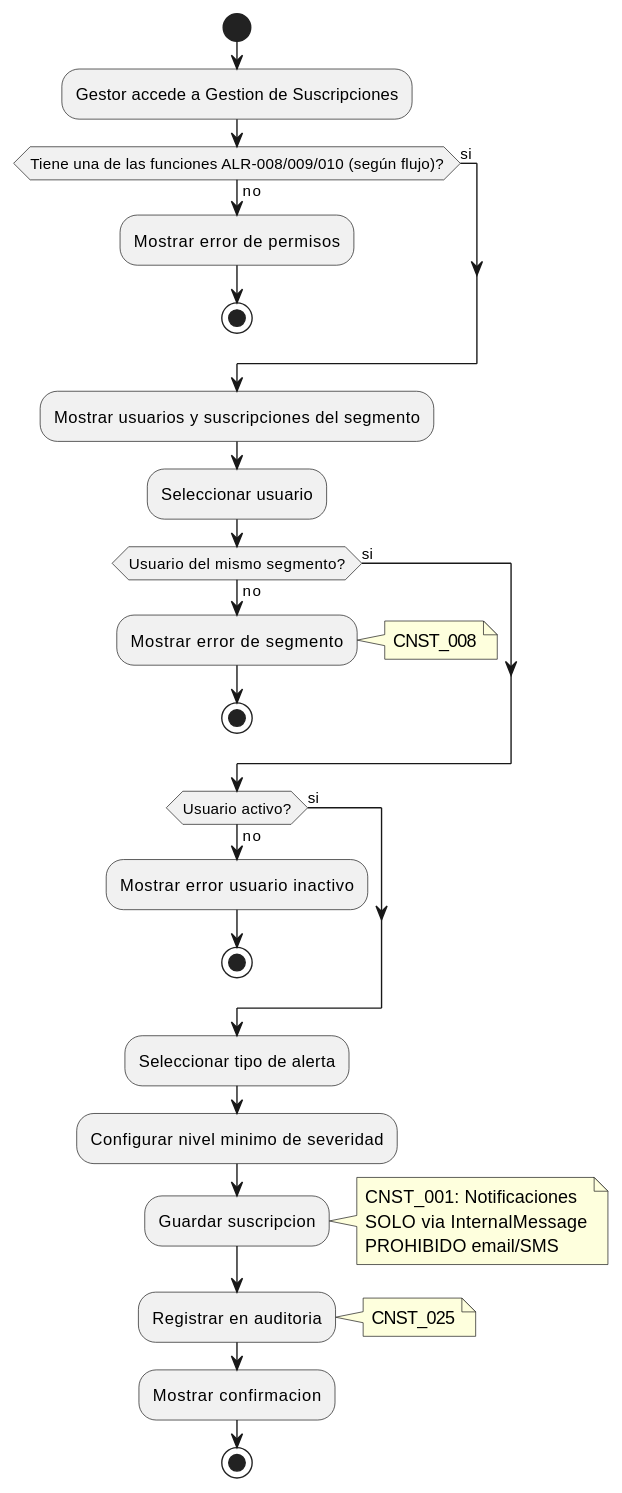
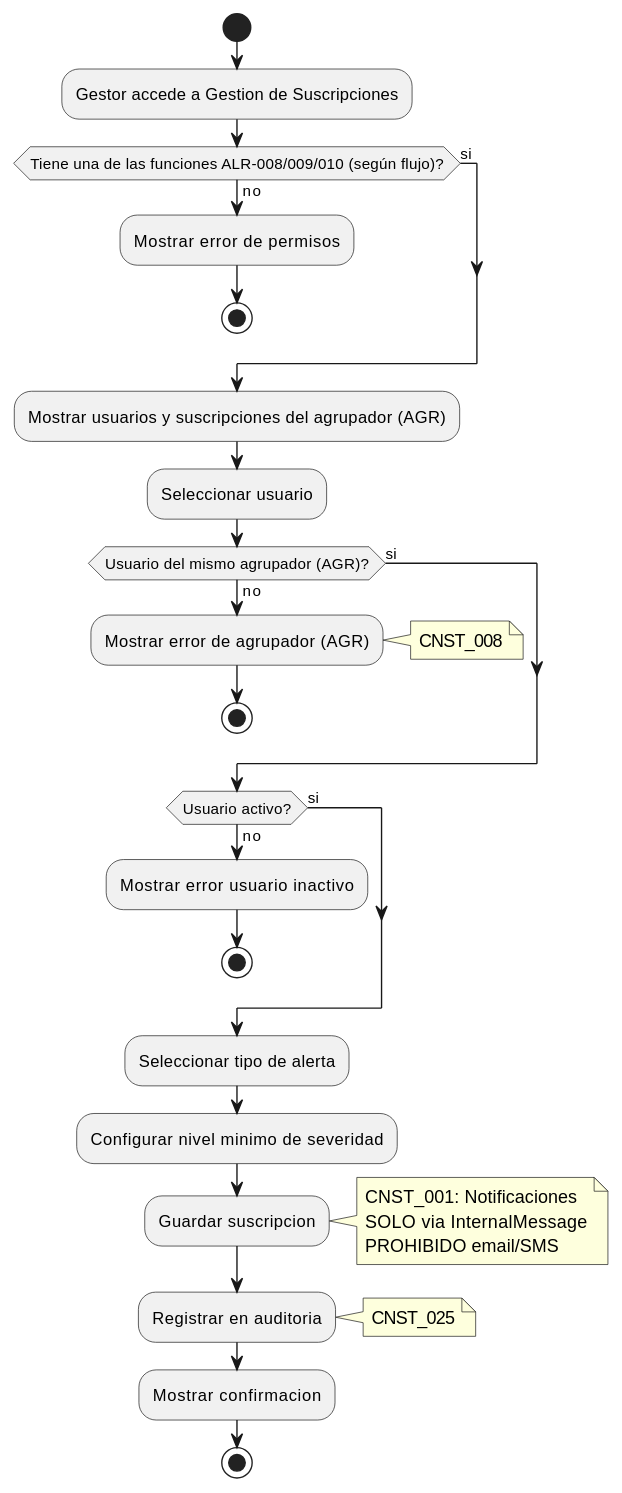
One commit to jcg-admin/IACT-docs changed the third of 3 diagrams in source/requisitos/casos-uso/alerts/uc-alr-05-gestionar-suscripciones.rst. Above: the diagram before and after it, drawn with PlantUML. The commit also changed other lines of this file and 4 other files, not shown here.

```diff
--- a/source/requisitos/casos-uso/alerts/uc-alr-05-gestionar-suscripciones.rst
+++ b/source/requisitos/casos-uso/alerts/uc-alr-05-gestionar-suscripciones.rst
@@ -366,46 +366,46 @@
 .. uml::
  :caption: Diagrama de Actividad - UC_ALR_05
 
  @startuml
  start
  :Gestor accede a Gestion de Suscripciones;
 
  if (Tiene una de las funciones ALR-008/009/010 (según flujo)?) then (no)
  :Mostrar error de permisos;
  stop
  else (si)
  endif
 
- :Mostrar usuarios y suscripciones del segmento;
+ :Mostrar usuarios y suscripciones del agrupador (AGR);
  :Seleccionar usuario;
 
- if (Usuario del mismo segmento?) then (no)
- :Mostrar error de segmento;
+ if (Usuario del mismo agrupador (AGR)?) then (no)
+ :Mostrar error de agrupador (AGR);
  note right: CNST_008
  stop
  else (si)
  endif
 
  if (Usuario activo?) then (no)
  :Mostrar error usuario inactivo;
  stop
  else (si)
  endif
 
  :Seleccionar tipo de alerta;
  :Configurar nivel minimo de severidad;
  :Guardar suscripcion;
 
  note right
  CNST_001: Notificaciones
  SOLO via InternalMessage
  PROHIBIDO email/SMS
  end note
 
  :Registrar en auditoria;
  note right: CNST_025
 
  :Mostrar confirmacion;
 
  stop
  @enduml
```
